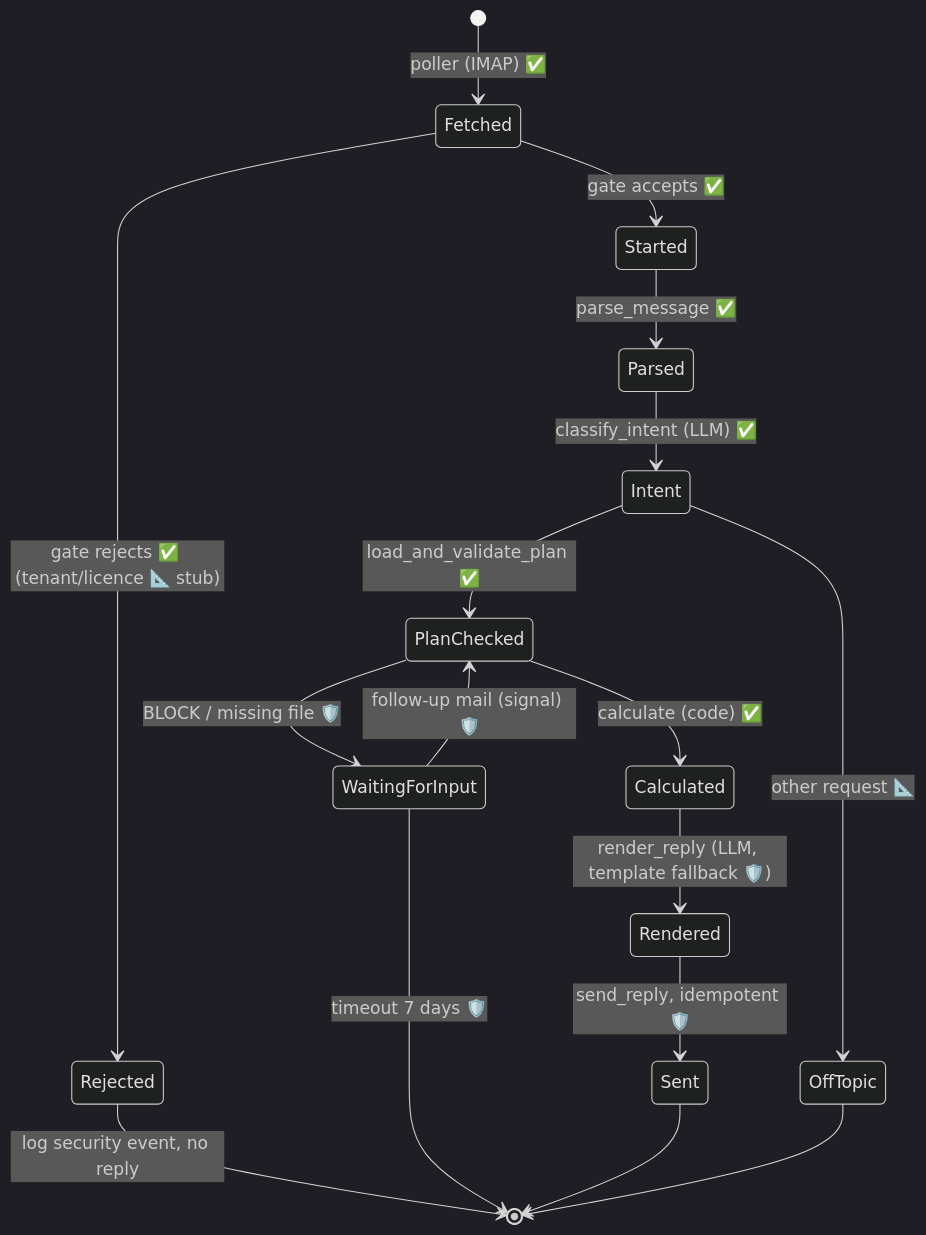
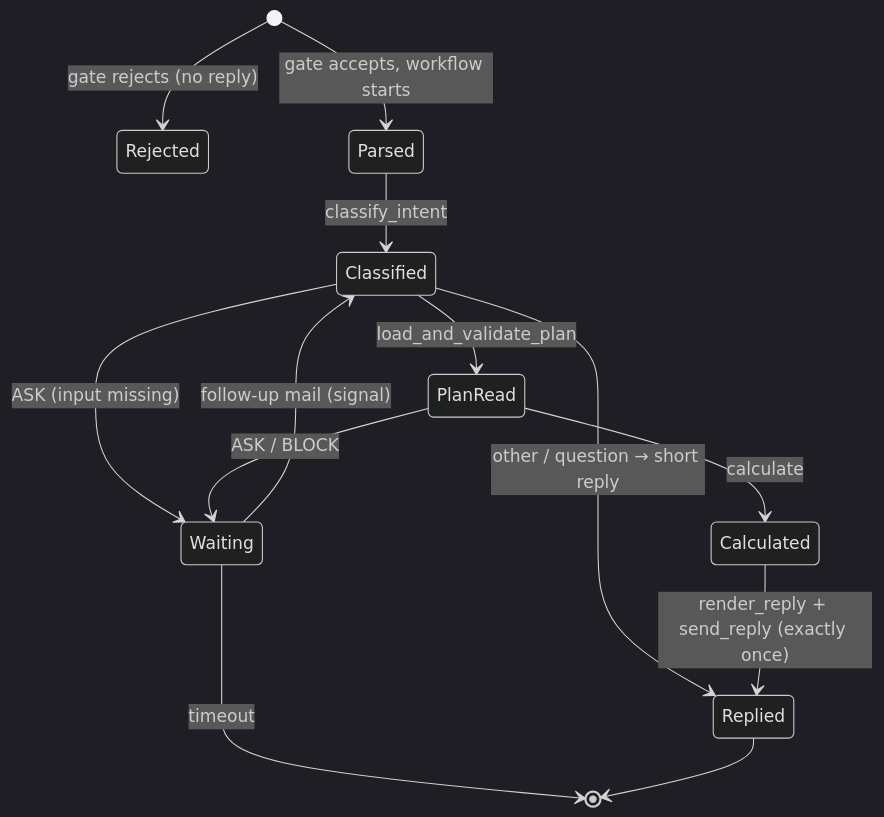
The diagram in docs/ARCHITECTURE.md (affohsalif93/finn-agent), drawn with Mermaid (dark theme) before and after one commit. The commit also changed other lines of this file and 11 other files, not shown here.

First line of the commit message:
docs: architecture ≤ 250 lines with the diagram, failure catalogue with real tests, condensed scope and decisions; known cleanups; remove REFACTOR.md

````diff
--- a/docs/ARCHITECTURE.md
+++ b/docs/ARCHITECTURE.md
@@ -526,19 +28,15 @@
 ```mermaid
 stateDiagram-v2
-    [*] --> Fetched: poller (IMAP) ✅
-    Fetched --> Rejected: gate rejects ✅ (tenant/licence 📐 stub)
-    Rejected --> [*]: log security event, no reply
-    Fetched --> Started: gate accepts ✅
-    Started --> Parsed: parse_message ✅
-    Parsed --> Intent: classify_intent (LLM) ✅
-    Intent --> PlanChecked: load_and_validate_plan ✅
-    PlanChecked --> WaitingForInput: BLOCK / missing file 🛡️
-    WaitingForInput --> PlanChecked: follow-up mail (signal) 🛡️
-    WaitingForInput --> [*]: timeout 7 days 🛡️
-    PlanChecked --> Calculated: calculate (code) ✅
-    Calculated --> Rendered: render_reply (LLM, template fallback 🛡️)
-    Rendered --> Sent: send_reply, idempotent 🛡️
-    Sent --> [*]
-    Intent --> OffTopic: other request 📐
-    OffTopic --> [*]
+    [*] --> Rejected: gate rejects (no reply)
+    [*] --> Parsed: gate accepts, workflow starts
+    Parsed --> Classified: classify_intent
+    Classified --> Replied: other / question → short reply
+    Classified --> Waiting: ASK (input missing)
+    Classified --> PlanRead: load_and_validate_plan
+    PlanRead --> Waiting: ASK / BLOCK
+    Waiting --> Classified: follow-up mail (signal)
+    Waiting --> [*]: timeout
+    PlanRead --> Calculated: calculate
+    Calculated --> Replied: render_reply + send_reply (exactly once)
+    Replied --> [*]
 ```
````
